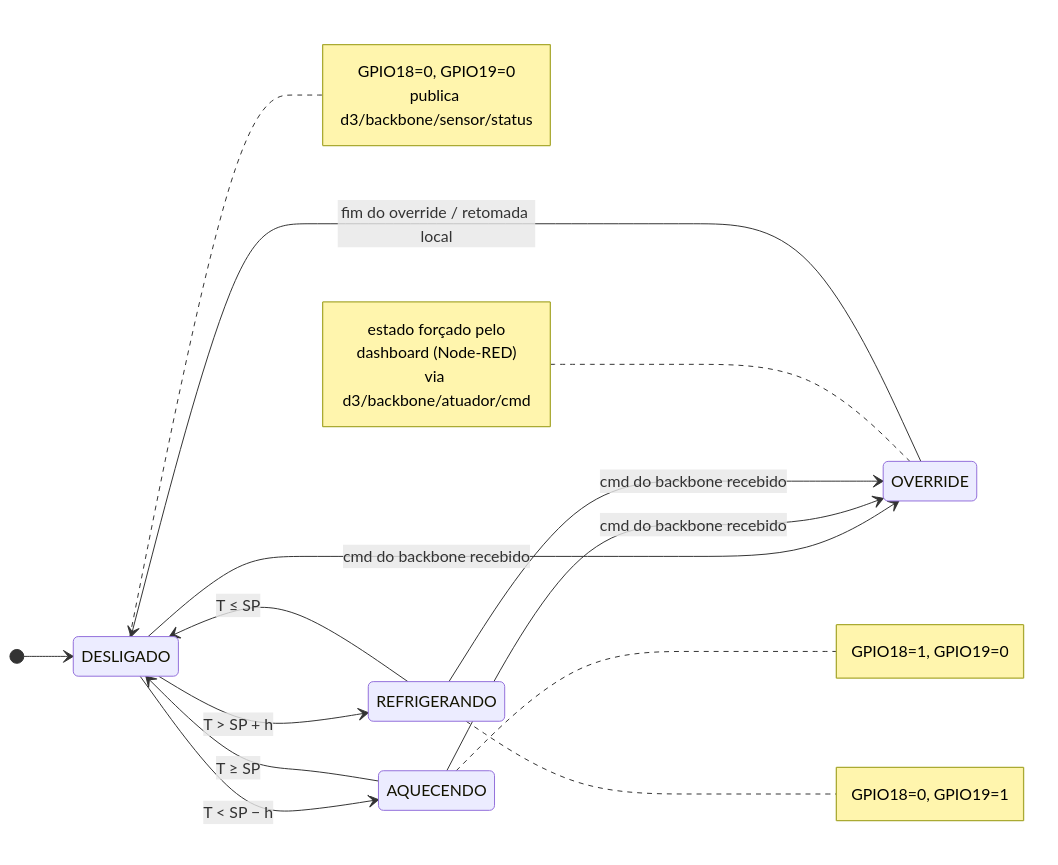
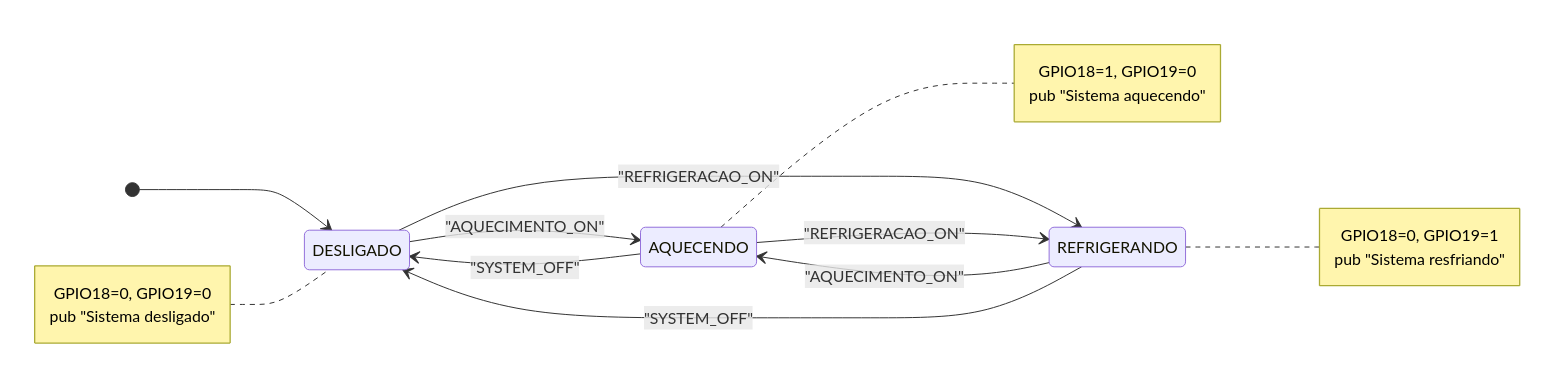
One commit to Scheeffer/Project_Nexus changed the second of 2 diagrams in rede-mqtt/README.md. Above: the diagram before and after it, drawn with Mermaid. The commit also changed other lines of this file, not shown here.

````diff
--- a/rede-mqtt/README.md
+++ b/rede-mqtt/README.md
@@ -85,32 +92,24 @@
 ```mermaid
 stateDiagram-v2
     direction LR
     [*] --> DESLIGADO
+    DESLIGADO --> AQUECENDO: "AQUECIMENTO_ON"
+    DESLIGADO --> REFRIGERANDO: "REFRIGERACAO_ON"
+    AQUECENDO --> REFRIGERANDO: "REFRIGERACAO_ON"
+    REFRIGERANDO --> AQUECENDO: "AQUECIMENTO_ON"
+    AQUECENDO --> DESLIGADO: "SYSTEM_OFF"
+    REFRIGERANDO --> DESLIGADO: "SYSTEM_OFF"
 
-    DESLIGADO --> AQUECENDO: T < SP − h
-    AQUECENDO --> DESLIGADO: T ≥ SP
-
-    DESLIGADO --> REFRIGERANDO: T > SP + h
-    REFRIGERANDO --> DESLIGADO: T ≤ SP
-
-    DESLIGADO --> OVERRIDE: cmd do backbone recebido
-    AQUECENDO --> OVERRIDE: cmd do backbone recebido
-    REFRIGERANDO --> OVERRIDE: cmd do backbone recebido
-    OVERRIDE --> DESLIGADO: fim do override / retomada local
-
-    note right of DESLIGADO
-        GPIO18=0, GPIO19=0
-        publica d3/backbone/sensor/status
-    end note
     note right of AQUECENDO
         GPIO18=1, GPIO19=0
+        pub "Sistema aquecendo"
     end note
     note right of REFRIGERANDO
         GPIO18=0, GPIO19=1
+        pub "Sistema resfriando"
     end note
-    note left of OVERRIDE
-        estado forçado pelo
-        dashboard (Node-RED)
-        via d3/backbone/atuador/cmd
+    note left of DESLIGADO
+        GPIO18=0, GPIO19=0
+        pub "Sistema desligado"
     end note
 ```
````
